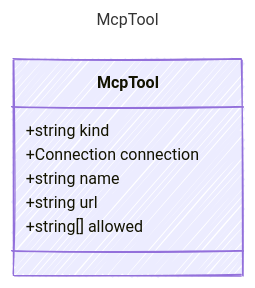
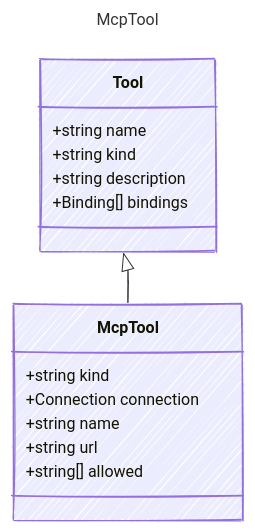
The diagram in specification/prompty/docs/McpTool.md (microsoft/prompty), drawn with Mermaid before and after one commit. The commit also changed 24 other files, not shown here.

````diff
--- a/specification/prompty/docs/McpTool.md
+++ b/specification/prompty/docs/McpTool.md
@@ -7,19 +7,26 @@
 ```mermaid
 ---
 title: McpTool
 config:
   look: handDrawn
   theme: colorful
   class:
     hideEmptyMembersBox: true
 ---
 classDiagram
+    class Tool {
+        +string name
+        +string kind
+        +string description
+        +Binding[] bindings
+    }
+    Tool <|-- McpTool
     class McpTool {
       
         +string kind
         +Connection connection
         +string name
         +string url
         +string[] allowed
     }
 ```
````
